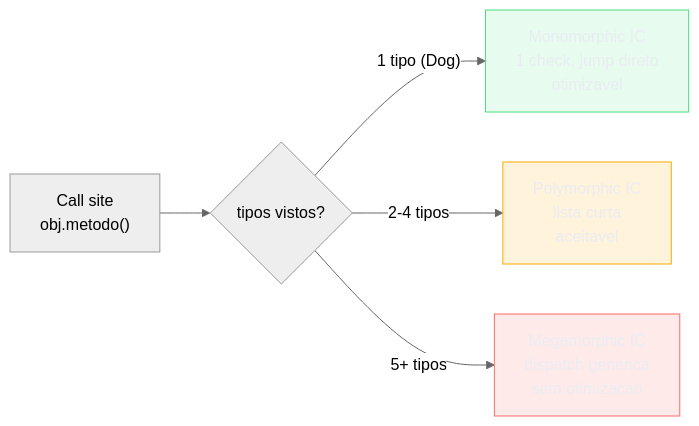
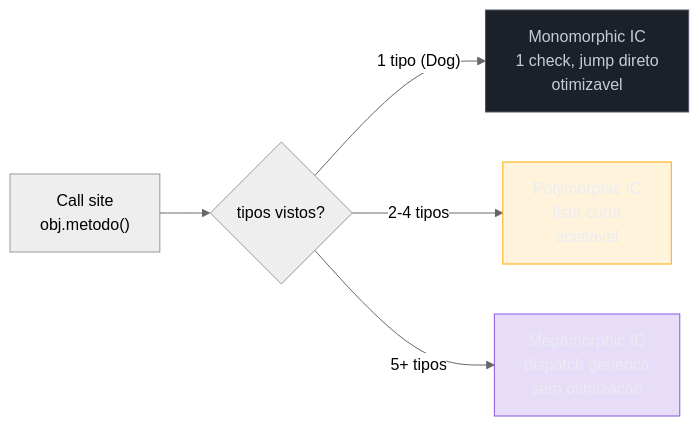
One commit to josenaldo/codex-technomanticus changed the third of 5 diagrams in 03-Dominios/Ciência/Compiladores e Linguagens/17 - JIT a fundo.md. Above: the diagram before and after it, drawn with Mermaid (neutral theme). The commit also changed other lines of this file and 601 other files, not shown here.

````diff
--- a/03-Dominios/Ciência/Compiladores e Linguagens/17 - JIT a fundo.md
+++ b/03-Dominios/Ciência/Compiladores e Linguagens/17 - JIT a fundo.md
@@ -177,14 +177,14 @@
 ```mermaid
 flowchart LR
-    classDef ok fill:#4ADE8021,stroke:#4ADE80,color:#E9ECF2
+    classDef marca fill:#8855DF33,stroke:#8855DF,color:#E9ECF2
+    classDef neutro fill:#1B2029,stroke:#4E5666,color:#C6CCD8
     classDef destaque fill:#FFAA0024,stroke:#FFAA00,color:#E9ECF2
-    classDef falha fill:#FF6B6B24,stroke:#FF6B6B,color:#E9ECF2
     A["Call site\nobj.metodo()"] --> B{"tipos vistos?"}
     B -->|"1 tipo (Dog)"| C["Monomorphic IC\n1 check, jump direto\notimizavel"]
     B -->|"2-4 tipos"| D["Polymorphic IC\nlista curta\naceitavel"]
     B -->|"5+ tipos"| E["Megamorphic IC\ndispatch generica\nsem otimizacao"]
 
-    class C ok
+    class C neutro
     class D destaque
-    class E falha
+    class E marca
 ```
````
